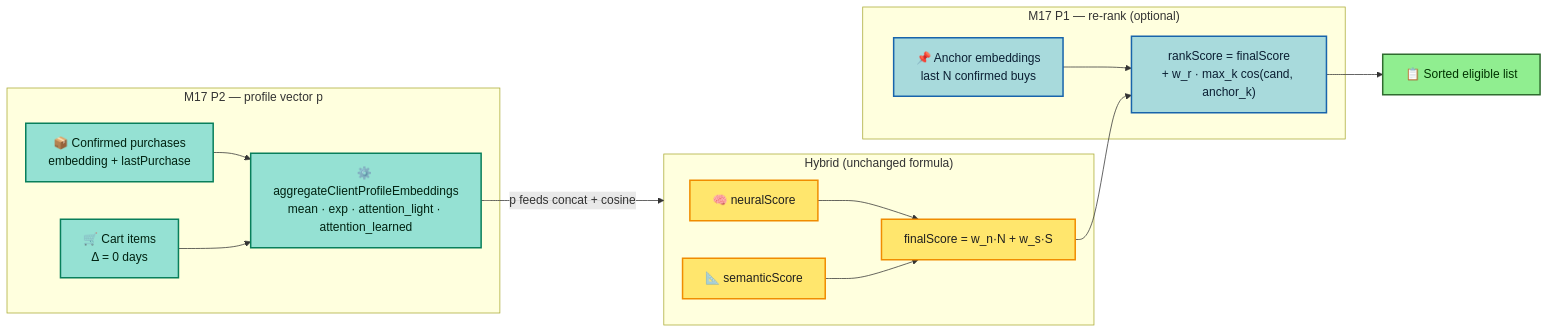
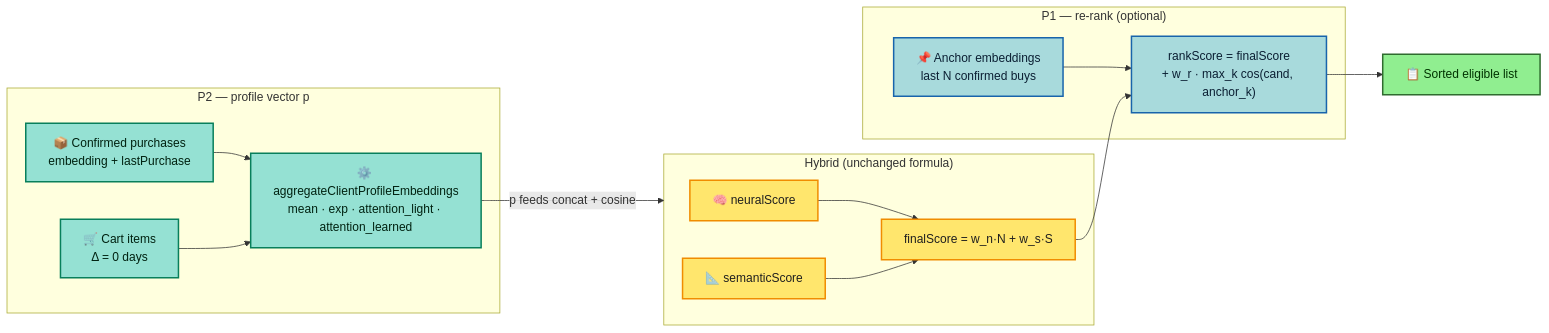
Before and after one commit to gabrielgrillorosa/smart-marketplace-recommender: the sixth of 16 diagrams in README.md, drawn with Mermaid. The commit also changed other lines of this file and 1 other file, not shown here.

````diff
--- a/README.md
+++ b/README.md
@@ -472,38 +488,38 @@
 ```mermaid
 flowchart LR
-    subgraph P2["M17 P2 — profile vector p"]
+    subgraph P2["P2 — profile vector p"]
         HIST["📦 Confirmed purchases\nembedding + lastPurchase"]
         CART["🛒 Cart items\nΔ = 0 days"]
         AGG["⚙️ aggregateClientProfileEmbeddings\nmean · exp · attention_light · attention_learned"]
         HIST --> AGG
         CART --> AGG
     end
 
     subgraph Hybrid["Hybrid (unchanged formula)"]
         N["🧠 neuralScore"]
         S["📐 semanticScore"]
         FS["finalScore = w_n·N + w_s·S"]
         N --> FS
         S --> FS
     end
 
-    subgraph P1["M17 P1 — re-rank (optional)"]
+    subgraph P1["P1 — re-rank (optional)"]
         ANC["📌 Anchor embeddings\nlast N confirmed buys"]
         RS["rankScore = finalScore\n+ w_r · max_k cos(cand, anchor_k)"]
         ANC --> RS
     end
 
     AGG -->|"p feeds concat + cosine"| Hybrid
     FS --> RS
     RS --> OUT["📋 Sorted eligible list"]
 
     classDef p2 fill:#95E1D3,stroke:#087F5B,stroke-width:2px,color:#002211
     classDef hyb fill:#FFE66D,stroke:#F08C00,stroke-width:2px,color:#1F1F1F
     classDef p1 fill:#A8DADC,stroke:#1864AB,stroke-width:2px,color:#0B1F33
     classDef out fill:#90EE90,stroke:#2F6B2F,stroke-width:2px,color:#003300
 
     class HIST,CART,AGG p2
     class N,S,FS hyb
     class ANC,RS p1
     class OUT out
 ```
````
